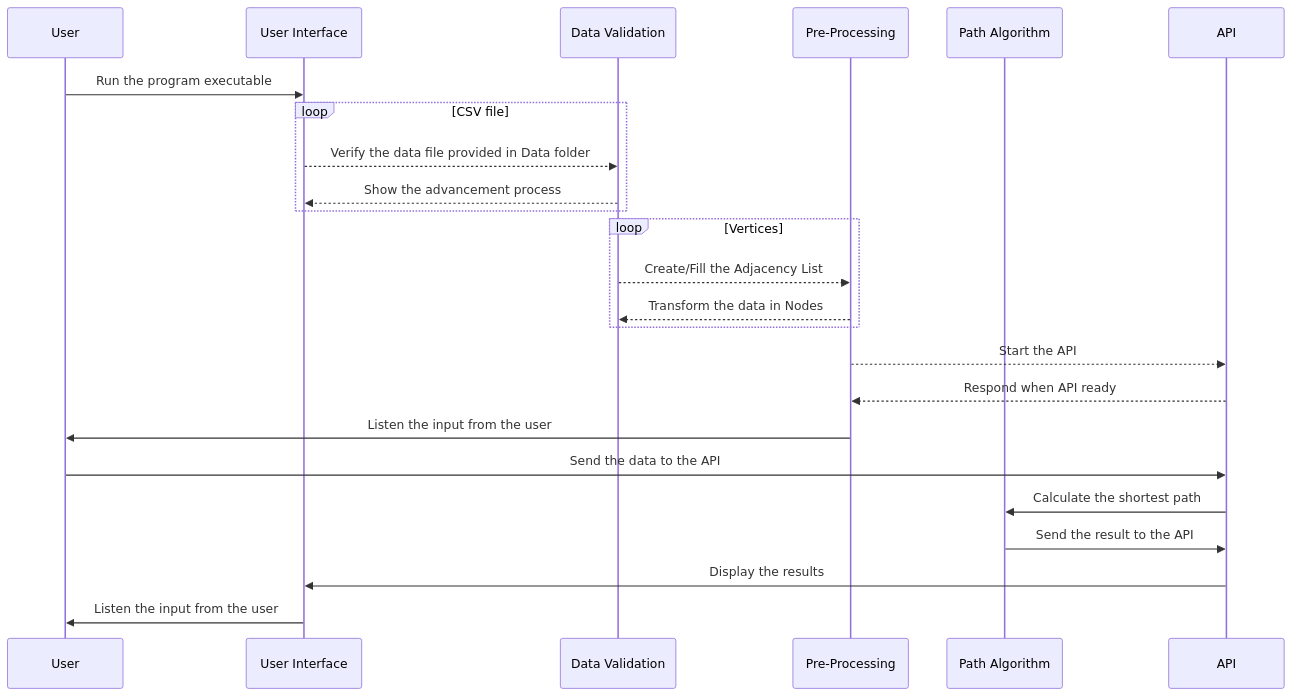
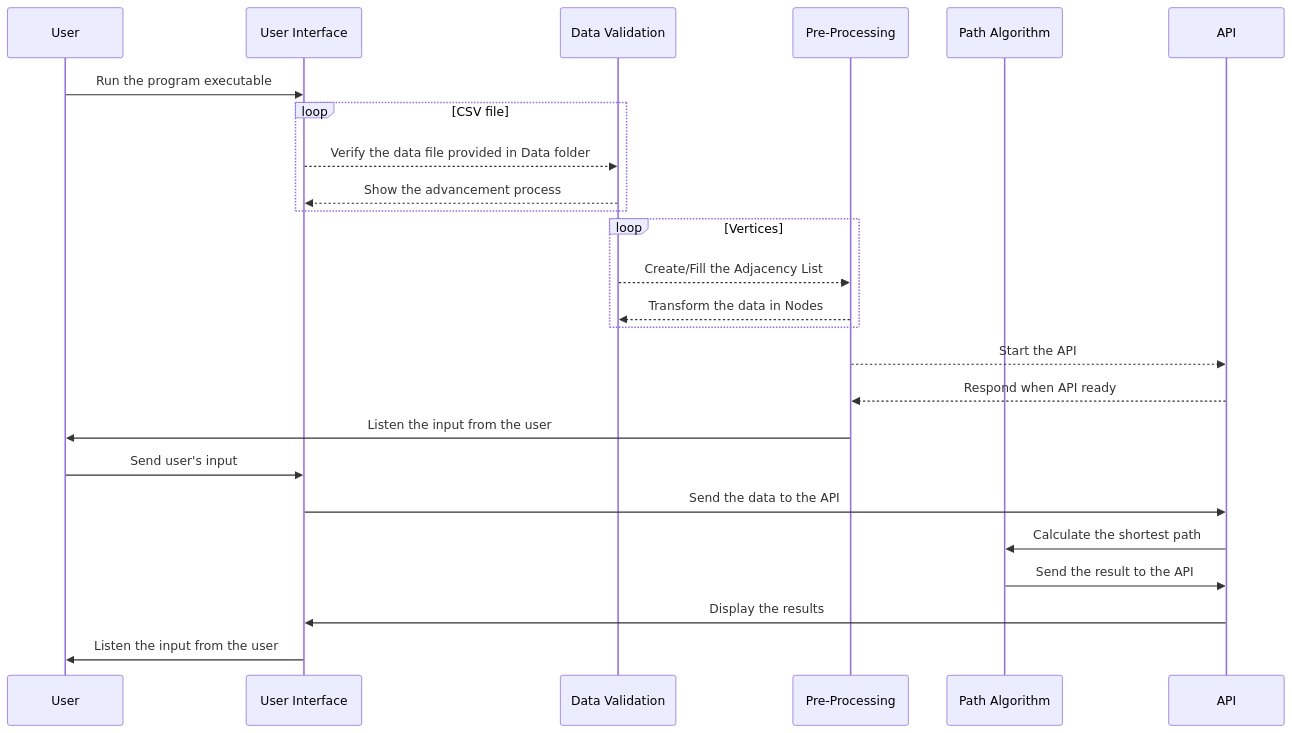
The first of 17 diagrams in documents/technical/technical_specification.md (algosup/2024-2025-project-3-quickest-path-team-2), drawn with Mermaid before and after one commit. The commit also changed other lines of this file, not shown here.

````diff
--- a/documents/technical/technical_specification.md
+++ b/documents/technical/technical_specification.md
@@ -281,28 +283,29 @@
 ```mermaid
 sequenceDiagram
     participant A as User
     participant B as User Interface
     participant C as Data Validation
     participant D as Pre-Processing
     participant E as Path Algorithm
     participant F as API
 
     A->>B: Run the program executable
     loop CSV file
         B-->>C: Verify the data file provided in Data folder
         C-->>B: Show the advancement process
     end
     loop Vertices
         C-->>D: Create/Fill the Adjacency List
         D-->>C: Transform the data in Nodes
     end
     D-->>F: Start the API
     F-->>D: Respond when API ready
     D->>A: Listen the input from the user
-    A->>F: Send the data to the API
+    A->>B: Send user's input
+    B->>F: Send the data to the API
     F->>E: Calculate the shortest path
     E->>F: Send the result to the API
     F->>B: Display the results
     B->>A: Listen the input from the user
 
 ```
````
